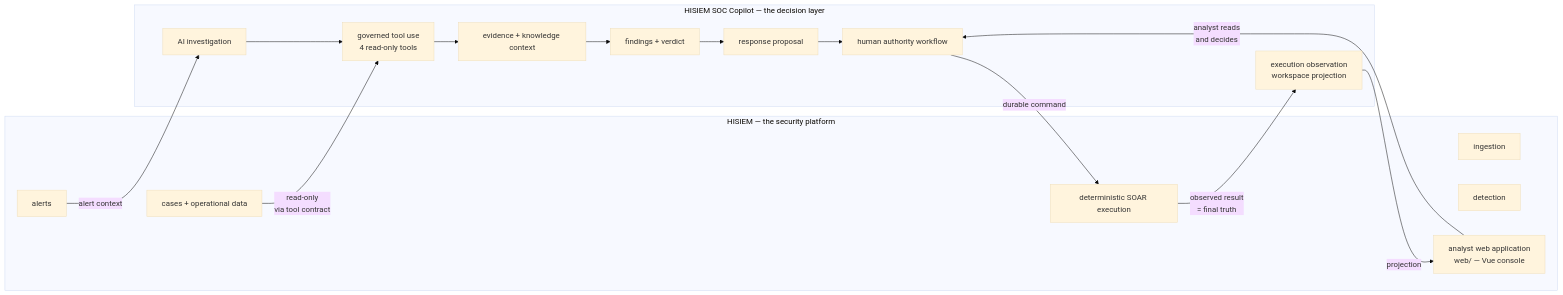
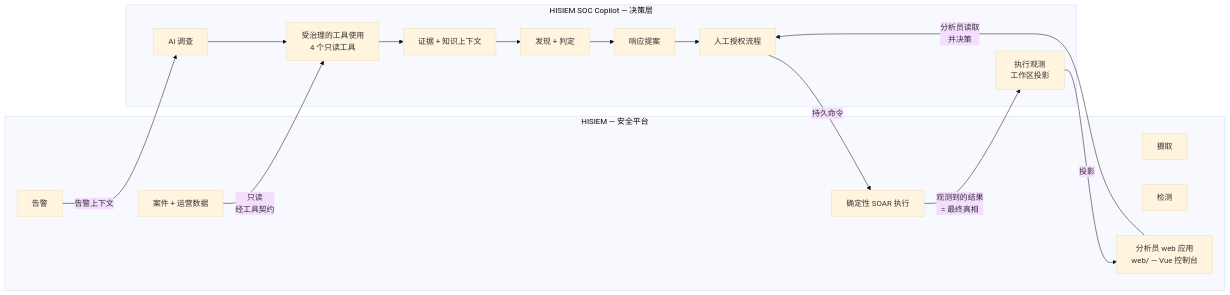
Before and after one commit to xsc683/HISIEM-SOC-Copilot: the eighth of 8 diagrams in docs/status/architecture-overview.md, drawn with Mermaid (base theme). The commit also changed other lines of this file, not shown here.

First line of the commit message:
docs(status): translate architecture-overview.md to Chinese

````diff
--- a/docs/status/architecture-overview.md
+++ b/docs/status/architecture-overview.md
@@ -339,29 +334,29 @@
 ```mermaid
 flowchart LR
-    subgraph PLAT["HISIEM — the security platform"]
-        ING["ingestion"]
-        DET["detection"]
-        AL["alerts"]
-        CASES["cases + operational data"]
-        EXEC["deterministic SOAR execution"]
-        WEB["analyst web application<br/>web/ — Vue console"]
+    subgraph PLAT["HISIEM — 安全平台"]
+        ING["摄取"]
+        DET["检测"]
+        AL["告警"]
+        CASES["案件 + 运营数据"]
+        EXEC["确定性 SOAR 执行"]
+        WEB["分析员 web 应用<br/>web/ — Vue 控制台"]
     end
 
-    subgraph COP["HISIEM SOC Copilot — the decision layer"]
-        INV["AI investigation"]
-        TOOLS["governed tool use<br/>4 read-only tools"]
-        EV["evidence + knowledge context"]
-        VER["findings + verdict"]
-        PROP["response proposal"]
-        HUMAN["human authority workflow"]
-        OBS["execution observation<br/>workspace projection"]
+    subgraph COP["HISIEM SOC Copilot — 决策层"]
+        INV["AI 调查"]
+        TOOLS["受治理的工具使用<br/>4 个只读工具"]
+        EV["证据 + 知识上下文"]
+        VER["发现 + 判定"]
+        PROP["响应提案"]
+        HUMAN["人工授权流程"]
+        OBS["执行观测<br/>工作区投影"]
     end
 
-    AL -->|"alert context"| INV
-    CASES -->|"read-only<br/>via tool contract"| TOOLS
+    AL -->|"告警上下文"| INV
+    CASES -->|"只读<br/>经工具契约"| TOOLS
     INV --> TOOLS --> EV --> VER --> PROP --> HUMAN
-    HUMAN -->|"durable command"| EXEC
-    EXEC -->|"observed result<br/>= final truth"| OBS
-    OBS -->|"projection"| WEB
-    WEB -->|"analyst reads<br/>and decides"| HUMAN
+    HUMAN -->|"持久命令"| EXEC
+    EXEC -->|"观测到的结果<br/>= 最终真相"| OBS
+    OBS -->|"投影"| WEB
+    WEB -->|"分析员读取<br/>并决策"| HUMAN
 ```
````
